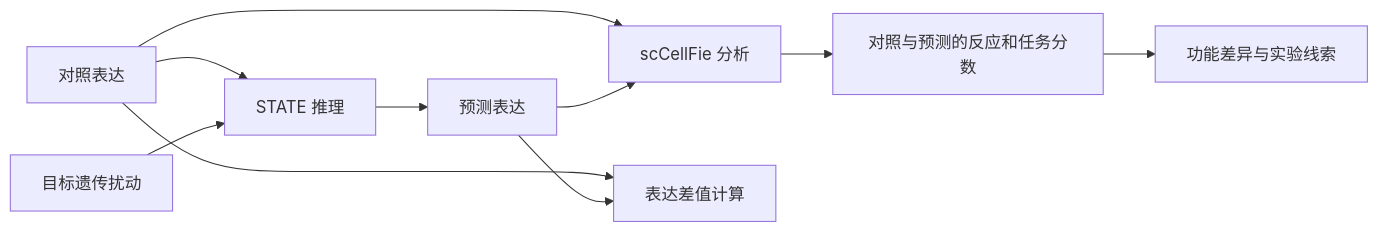
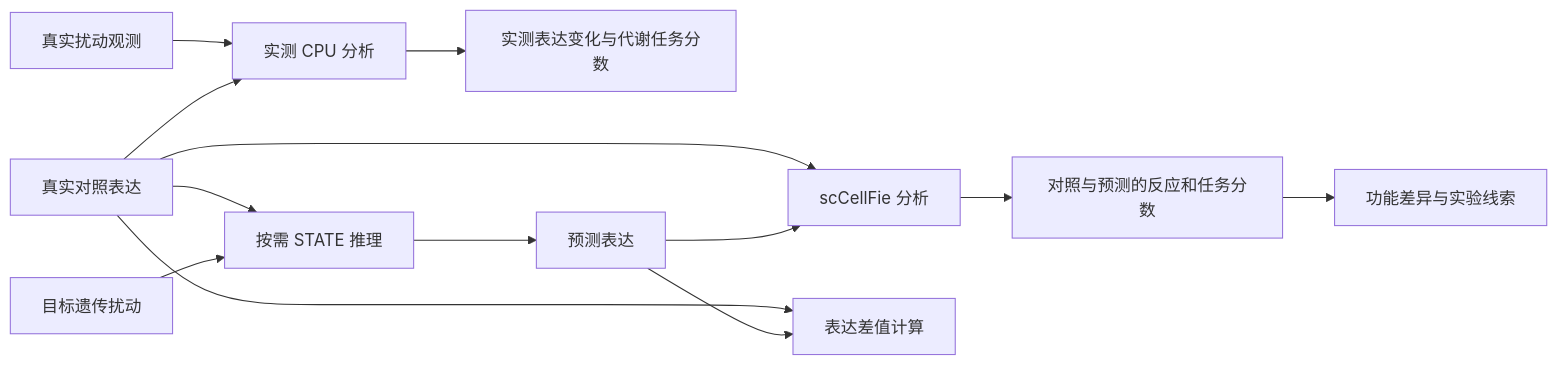
One commit to hash-distill/celllens-platform changed the diagram in docs/guide/MODELS.md. Above: the diagram before and after it, drawn with Mermaid. The commit also changed other lines of this file and 292 other files, not shown here.

````diff
--- a/docs/guide/MODELS.md
+++ b/docs/guide/MODELS.md
@@ -125,12 +125,15 @@
 ```mermaid
 flowchart LR
-    A[对照表达] --> B[STATE 推理]
+    O[真实扰动观测] --> M[实测 CPU 分析]
+    A[真实对照表达] --> M
+    M --> R[实测表达变化与代谢任务分数]
+    A --> B[按需 STATE 推理]
     P[目标遗传扰动] --> B
     B --> C[预测表达]
     A --> D[scCellFie 分析]
     C --> D
     D --> E[对照与预测的反应和任务分数]
     E --> F[功能差异与实验线索]
     A --> G[表达差值计算]
     C --> G
 ```
````
